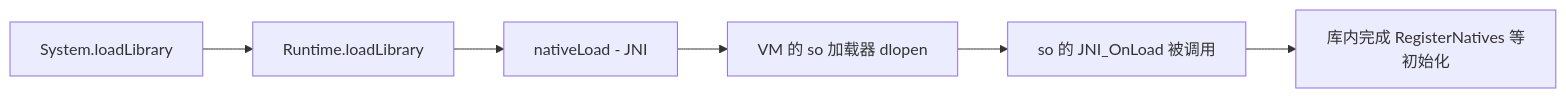
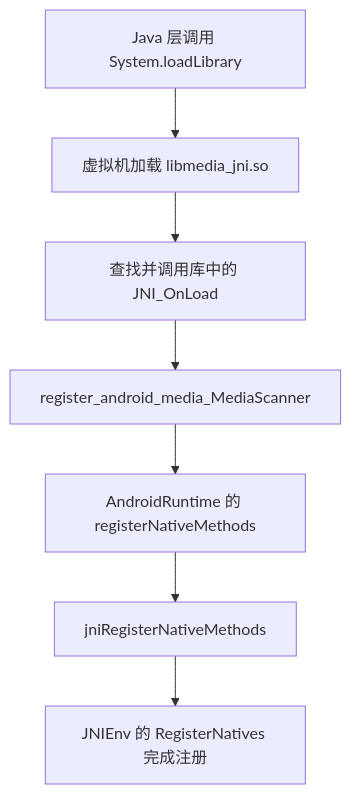
Before and after one commit to coswit/coswit.github.io: the first of 2 diagrams in Android/深入理解Android卷I/01-深入理解JNI.md, drawn with Mermaid. The commit also changed other lines of this file and 81 other files, not shown here.

````diff
--- a/Android/深入理解Android卷I/01-深入理解JNI.md
+++ b/Android/深入理解Android卷I/01-深入理解JNI.md
@@ -46,8 +315,9 @@
 ```mermaid
-graph LR
-    A[System.loadLibrary] --> B[Runtime.loadLibrary]
-    B --> C[nativeLoad - JNI]
-    C --> D[VM 的 so 加载器 dlopen]
-    D --> E[so 的 JNI_OnLoad 被调用]
-    E --> F[库内完成 RegisterNatives 等初始化]
+graph TD
+    A[Java 层调用 System.loadLibrary] --> B[虚拟机加载 libmedia_jni.so]
+    B --> C[查找并调用库中的 JNI_OnLoad]
+    C --> D[register_android_media_MediaScanner]
+    D --> E[AndroidRuntime 的 registerNativeMethods]
+    E --> F[jniRegisterNativeMethods]
+    F --> G[JNIEnv 的 RegisterNatives 完成注册]
 ```
````
